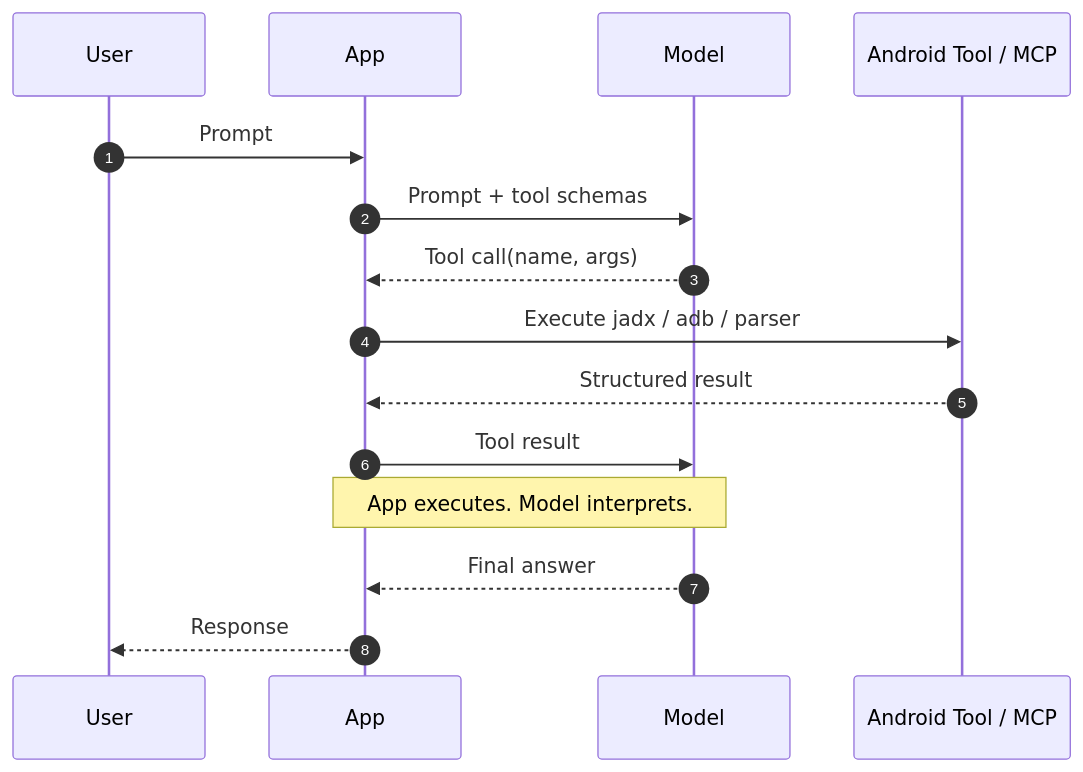
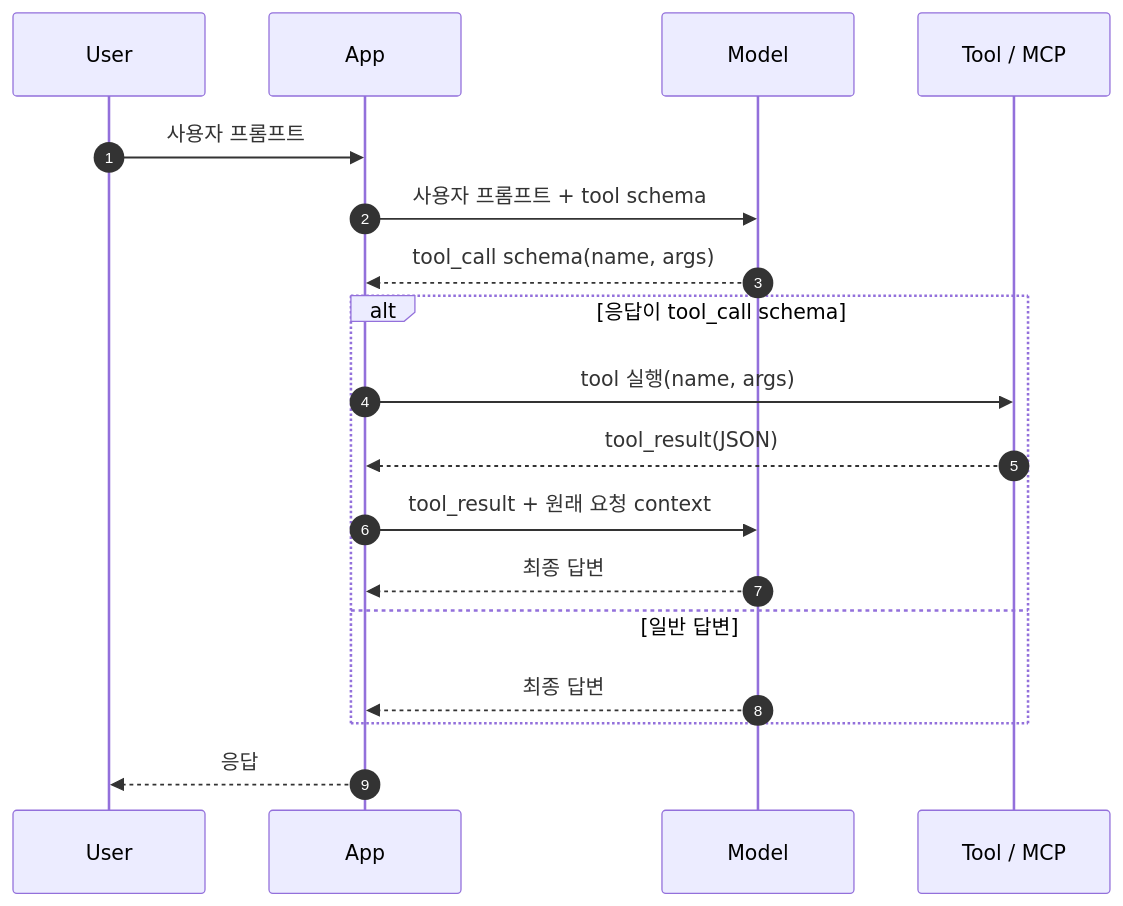
One commit to koalav/present-anyything changed the third of 14 diagrams in docs/ai-agent-effective-use/mermaid-diagrams.md. Above: the diagram before and after it, drawn with Mermaid. The commit also changed other lines of this file and 19 other files, not shown here.

````diff
--- a/docs/ai-agent-effective-use/mermaid-diagrams.md
+++ b/docs/ai-agent-effective-use/mermaid-diagrams.md
@@ -46,18 +46,21 @@
 ```mermaid
 sequenceDiagram
   autonumber
   participant U as User
   participant A as App
   participant M as Model
-  participant T as Android Tool / MCP
+  participant T as Tool / MCP
 
-  U->>A: Prompt
-  A->>M: Prompt + tool schemas
-  M-->>A: Tool call(name, args)
-  A->>T: Execute jadx / adb / parser
-  T-->>A: Structured result
-  A->>M: Tool result
-  Note over A,M: App executes. Model interprets.
-  M-->>A: Final answer
-  A-->>U: Response
+  U->>A: 사용자 프롬프트
+  A->>M: 사용자 프롬프트 + tool schema
+  M-->>A: tool_call schema(name, args)
+  alt 응답이 tool_call schema
+    A->>T: tool 실행(name, args)
+    T-->>A: tool_result(JSON)
+    A->>M: tool_result + 원래 요청 context
+    M-->>A: 최종 답변
+  else 일반 답변
+    M-->>A: 최종 답변
+  end
+  A-->>U: 응답
 ```
````
